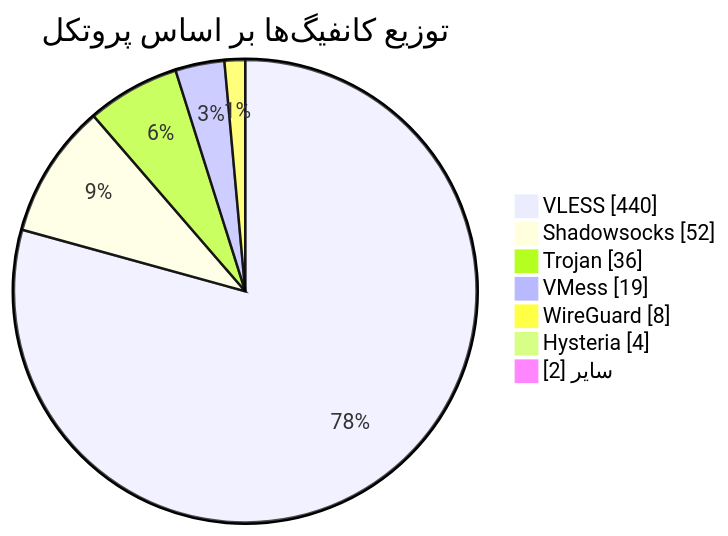
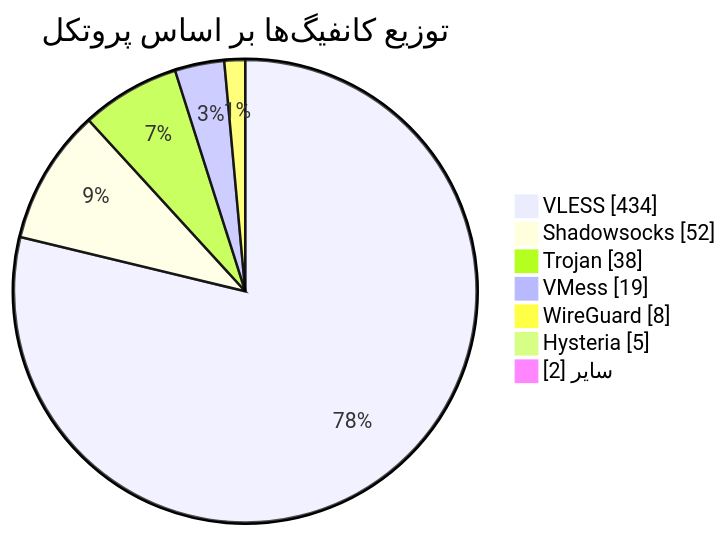
One commit to Arian-Alijani/Somthing changed the diagram in README.md. Above: the diagram before and after it, drawn with Mermaid. The commit also changed other lines of this file and 75 other files, not shown here.

````diff
--- a/README.md
+++ b/README.md
@@ -49,11 +49,11 @@
 ```mermaid
 pie showData
     title توزیع کانفیگ‌ها بر اساس پروتکل
-    "VLESS" : 440
+    "VLESS" : 434
     "Shadowsocks" : 52
-    "Trojan" : 36
+    "Trojan" : 38
     "VMess" : 19
     "WireGuard" : 8
-    "Hysteria" : 4
+    "Hysteria" : 5
     "سایر" : 2
 ```
````
